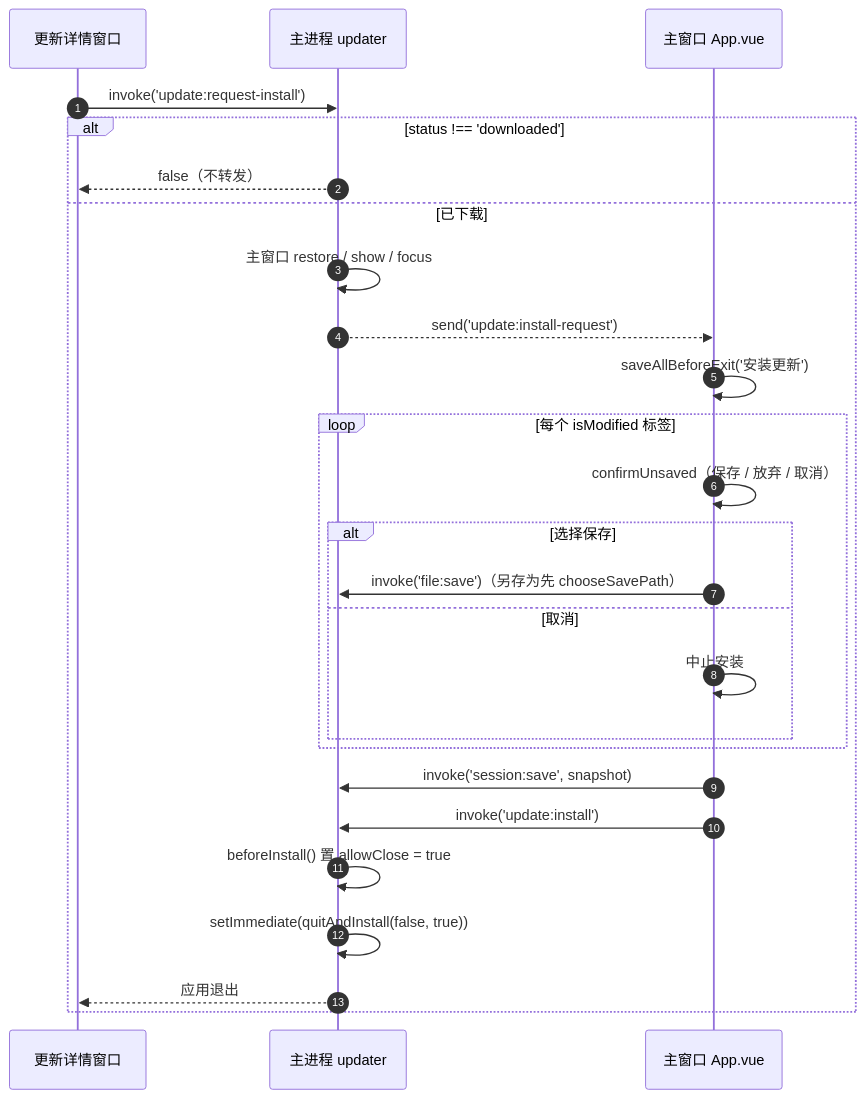
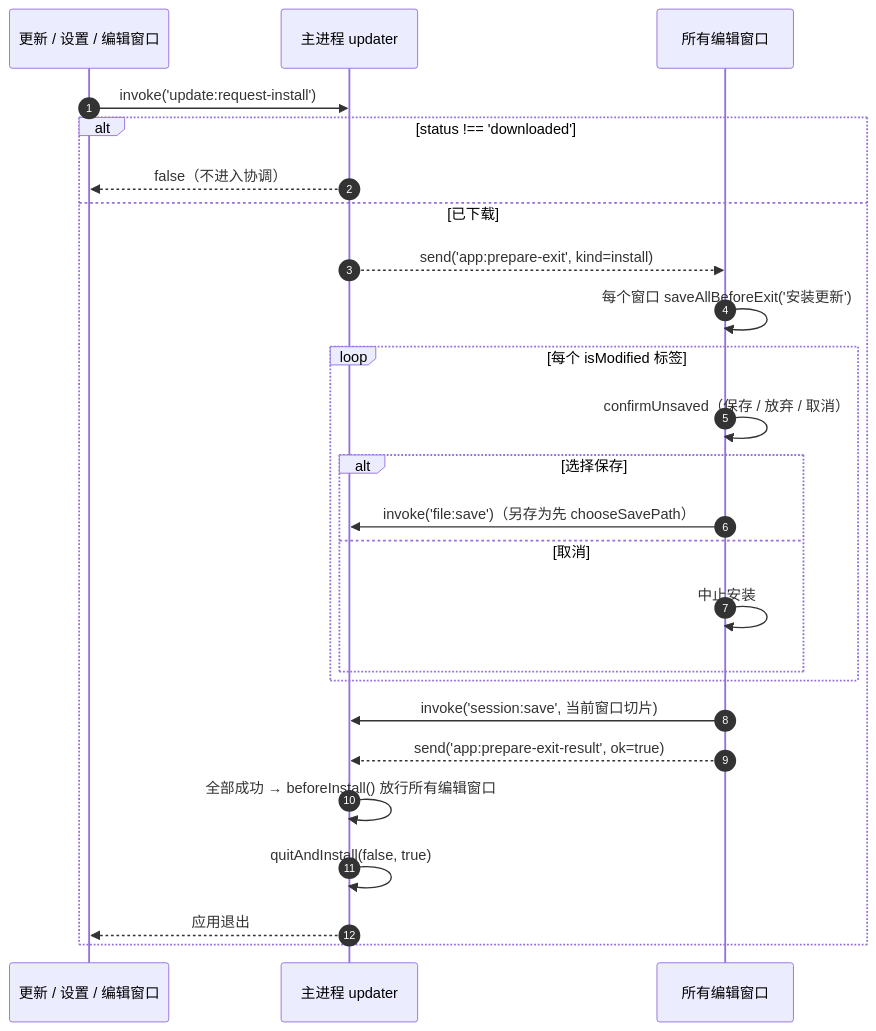
One commit to Harley-xk/mark-it changed the third of 4 diagrams in docs/IPC接口与进程契约.md. Above: the diagram before and after it, drawn with Mermaid. The commit also changed other lines of this file and 47 other files, not shown here.

````diff
--- a/docs/IPC接口与进程契约.md
+++ b/docs/IPC接口与进程契约.md
@@ -354,29 +379,28 @@
 ```mermaid
 sequenceDiagram
     autonumber
-    participant U as 更新详情窗口
+    participant U as 更新 / 设置 / 编辑窗口
     participant M as 主进程 updater
-    participant W as 主窗口 App.vue
+    participant W as 所有编辑窗口
 
     U->>M: invoke('update:request-install')
     alt status !== 'downloaded'
-        M-->>U: false（不转发）
+        M-->>U: false（不进入协调）
     else 已下载
-        M->>M: 主窗口 restore / show / focus
-        M-->>W: send('update:install-request')
-        W->>W: saveAllBeforeExit('安装更新')
+        M-->>W: send('app:prepare-exit', kind=install)
+        W->>W: 每个窗口 saveAllBeforeExit('安装更新')
         loop 每个 isModified 标签
             W->>W: confirmUnsaved（保存 / 放弃 / 取消）
             alt 选择保存
                 W->>M: invoke('file:save')（另存为先 chooseSavePath）
             else 取消
                 W->>W: 中止安装
             end
         end
-        W->>M: invoke('session:save', snapshot)
-        W->>M: invoke('update:install')
-        M->>M: beforeInstall() 置 allowClose = true
-        M->>M: setImmediate(quitAndInstall(false, true))
+        W->>M: invoke('session:save', 当前窗口切片)
+        W-->>M: send('app:prepare-exit-result', ok=true)
+        M->>M: 全部成功 → beforeInstall() 放行所有编辑窗口
+        M->>M: quitAndInstall(false, true)
         M-->>U: 应用退出
     end
 ```
````
